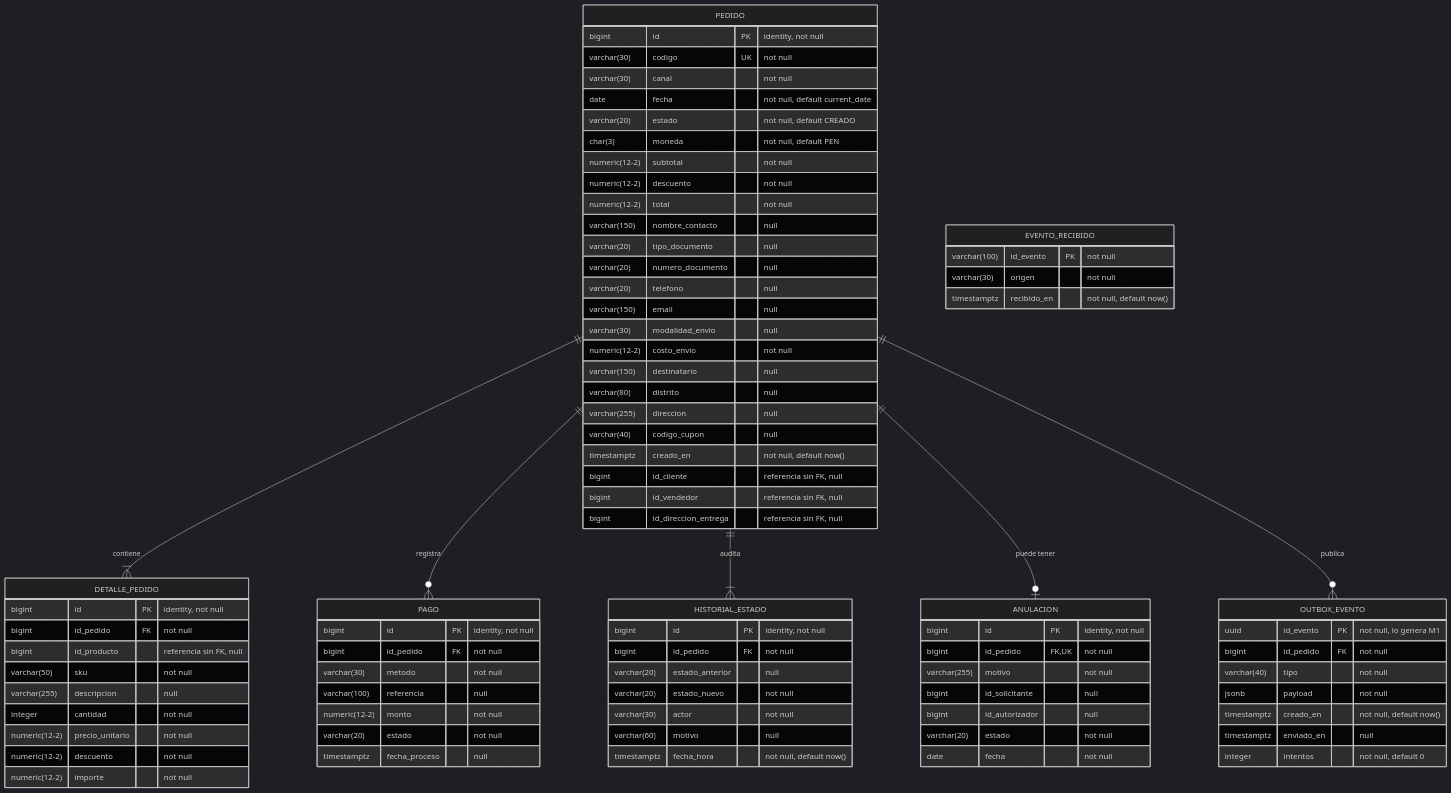
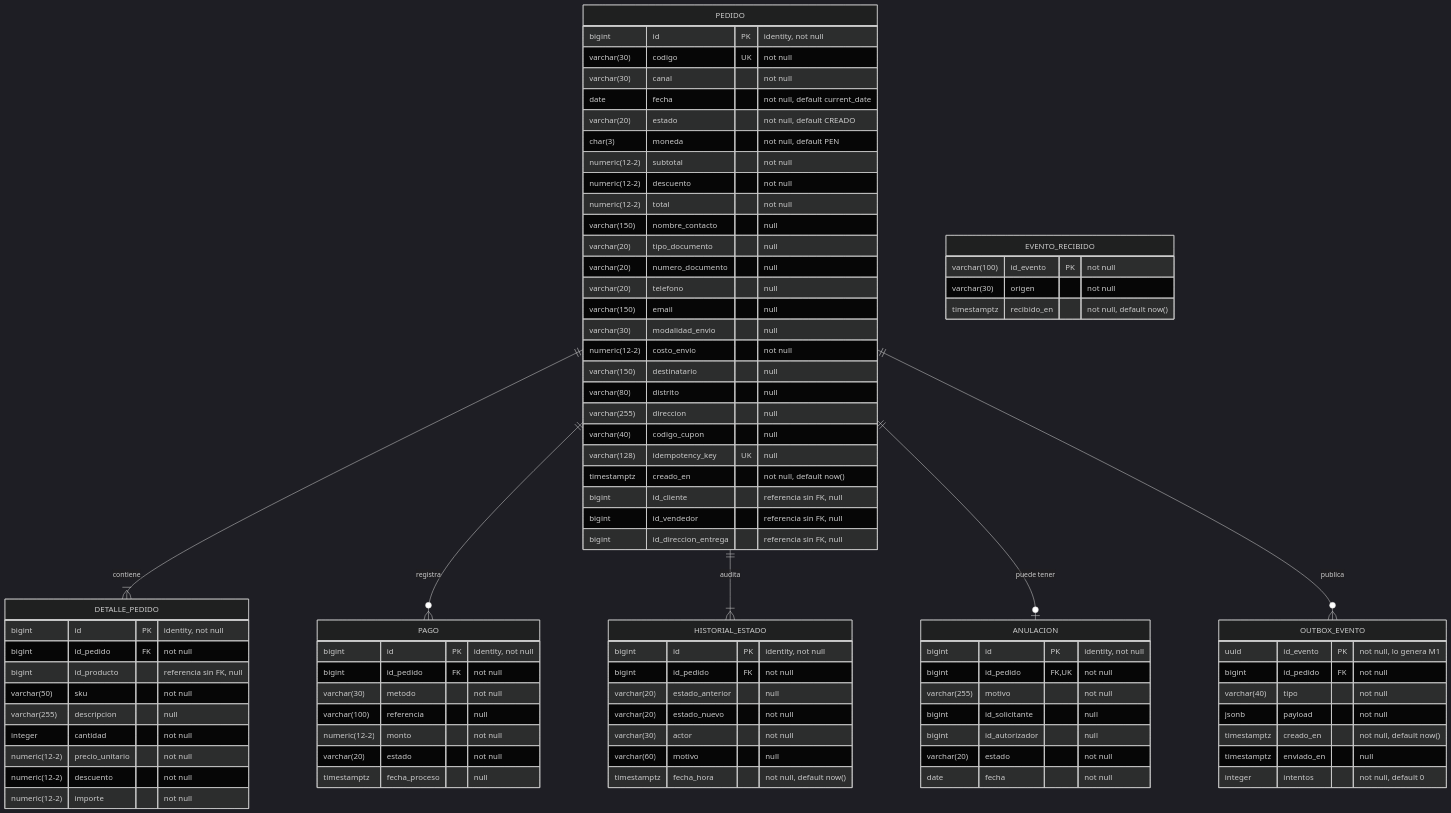
Before and after one commit to Taller-SW-Web/G5-Ventas-Postventas: the first of 2 diagrams in diseno/diagramas/bd/diagrama-fisico.md, drawn with Mermaid (dark theme). The commit also changed other lines of this file and 12 other files, not shown here.

```diff
--- a/diseno/diagramas/bd/diagrama-fisico.md
+++ b/diseno/diagramas/bd/diagrama-fisico.md
@@ -34,6 +34,7 @@
         varchar(80) distrito "null"
         varchar(255) direccion "null"
         varchar(40) codigo_cupon "null"
+        varchar(128) idempotency_key UK "null"
         timestamptz creado_en "not null, default now()"
         bigint id_cliente "referencia sin FK, null"
         bigint id_vendedor "referencia sin FK, null"
```
